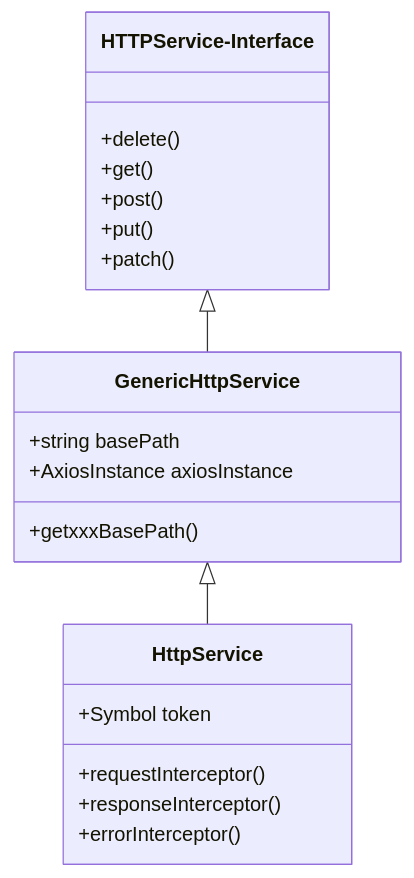
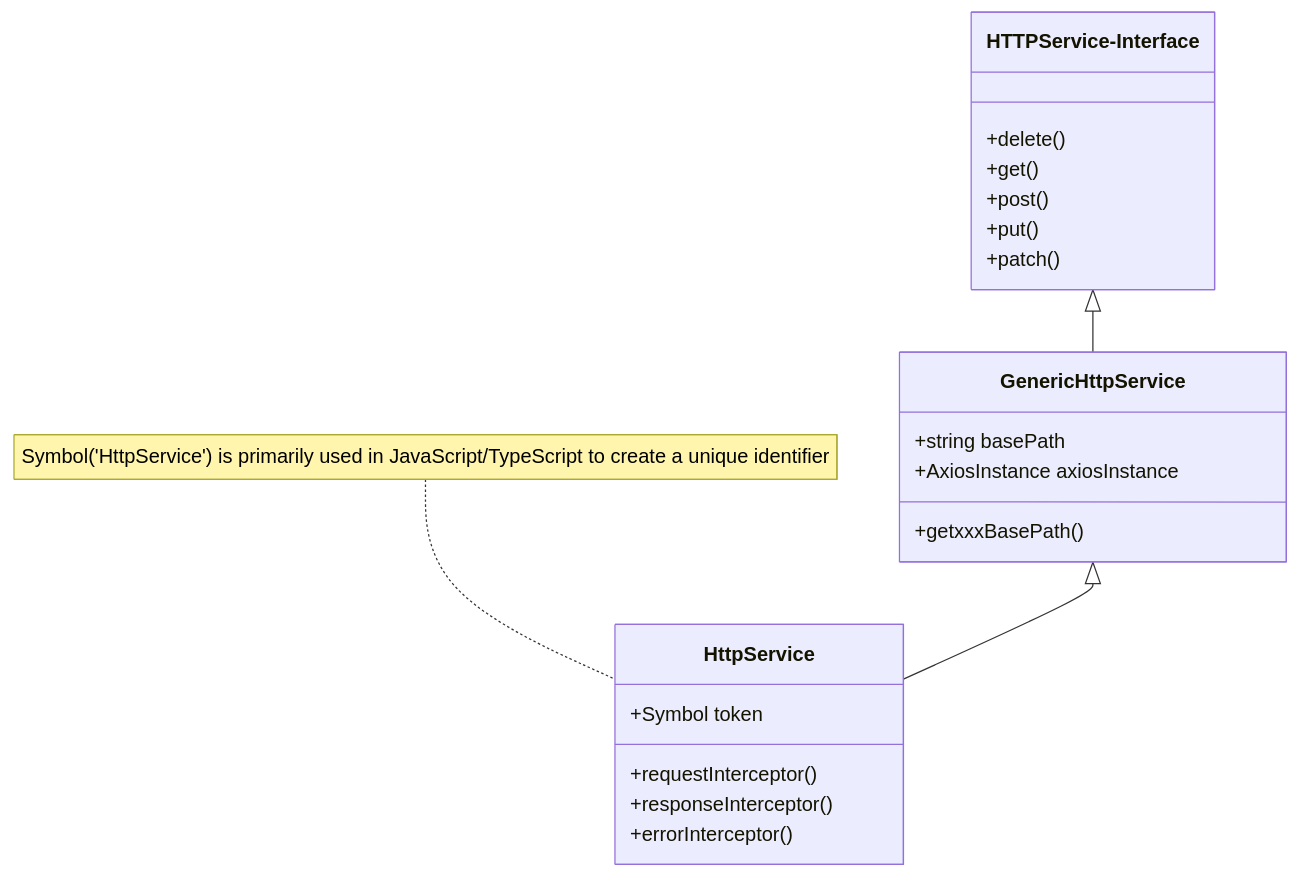
One commit to honggzb/Study-General changed the diagram in React/Third-party-lib/tsyringe+axios/readme.md. Above: the diagram before and after it, drawn with Mermaid.

Commit message:
Update readme with note on HttpService Symbol usage
Added note about the usage of Symbol for HttpService.

````diff
--- a/React/Third-party-lib/tsyringe+axios/readme.md
+++ b/React/Third-party-lib/tsyringe+axios/readme.md
@@ -21,22 +21,23 @@
 ```mermaid
 classDiagram
     HTTPService-Interface: +delete()
     HTTPService-Interface: +get()
     HTTPService-Interface: +post()
     HTTPService-Interface: +put()
     HTTPService-Interface: +patch()
     HTTPService-Interface <|-- GenericHttpService
     GenericHttpService <|--HttpService
     class GenericHttpService{
       +string basePath
       +AxiosInstance axiosInstance
       +getxxxBasePath()
         
     }
+    note for HttpService "Symbol('HttpService') is primarily used in JavaScript/TypeScript to create a unique identifier"
     class HttpService{
         +Symbol token
         +requestInterceptor()
         +responseInterceptor()
         +errorInterceptor()
     }
 ```
````
